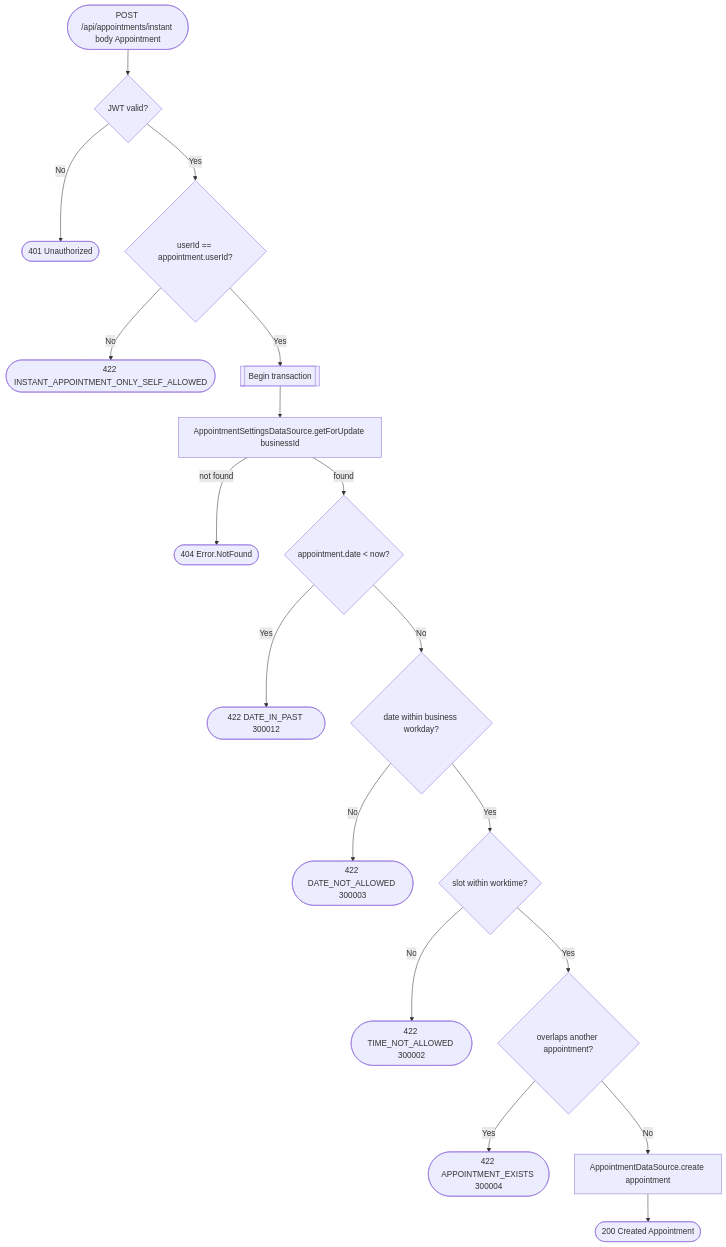
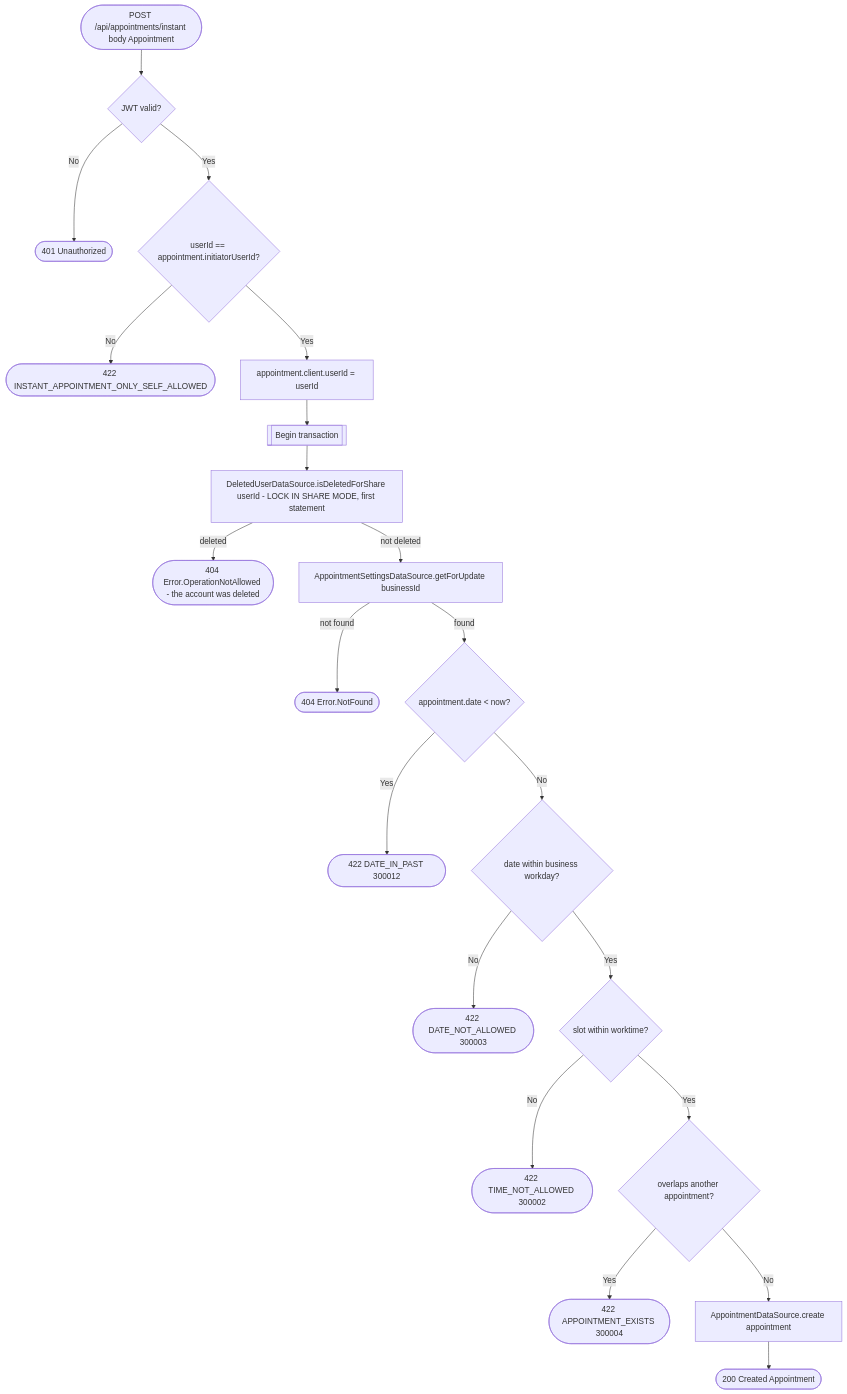
The diagram in docs/operations/appointments/create-appointment-instant.md (nocturneproperties/bookkme), drawn with Mermaid before and after one commit. The commit also changed other lines of this file and 90 other files, not shown here.

````diff
--- a/docs/operations/appointments/create-appointment-instant.md
+++ b/docs/operations/appointments/create-appointment-instant.md
@@ -13,20 +22,22 @@
 ```mermaid
 flowchart TD
     Start([POST /api/appointments/instant body Appointment]) --> Auth{JWT valid?}
     Auth -- No --> R401([401 Unauthorized])
-    Auth -- Yes --> SelfCheck{userId == appointment.userId?}
+    Auth -- Yes --> SelfCheck{userId == appointment.initiatorUserId?}
     SelfCheck -- No --> R422a([422 INSTANT_APPOINTMENT_ONLY_SELF_ALLOWED])
-    SelfCheck -- Yes --> Tx[[Begin transaction]]
-    Tx --> Settings[AppointmentSettingsDataSource.getForUpdate businessId]
+    SelfCheck -- Yes --> Own["appointment.client.userId = userId"] --> Tx[[Begin transaction]]
+    Tx --> Deleted["DeletedUserDataSource.isDeletedForShare userId - LOCK IN SHARE MODE, first statement"]
+    Deleted -- deleted --> R404del([404 Error.OperationNotAllowed - the account was deleted])
+    Deleted -- not deleted --> Settings[AppointmentSettingsDataSource.getForUpdate businessId]
     Settings -- not found --> R404a([404 Error.NotFound])
     Settings -- found --> PastCheck{appointment.date < now?}
     PastCheck -- Yes --> R422b([422 DATE_IN_PAST 300012])
     PastCheck -- No --> WorkdayCheck{date within business workday?}
     WorkdayCheck -- No --> R422c([422 DATE_NOT_ALLOWED 300003])
     WorkdayCheck -- Yes --> WorktimeCheck{slot within worktime?}
     WorktimeCheck -- No --> R422d([422 TIME_NOT_ALLOWED 300002])
     WorktimeCheck -- Yes --> Overlap{overlaps another appointment?}
     Overlap -- Yes --> R422e([422 APPOINTMENT_EXISTS 300004])
     Overlap -- No --> Create[AppointmentDataSource.create appointment]
     Create --> R200([200 Created Appointment])
 ```
````
